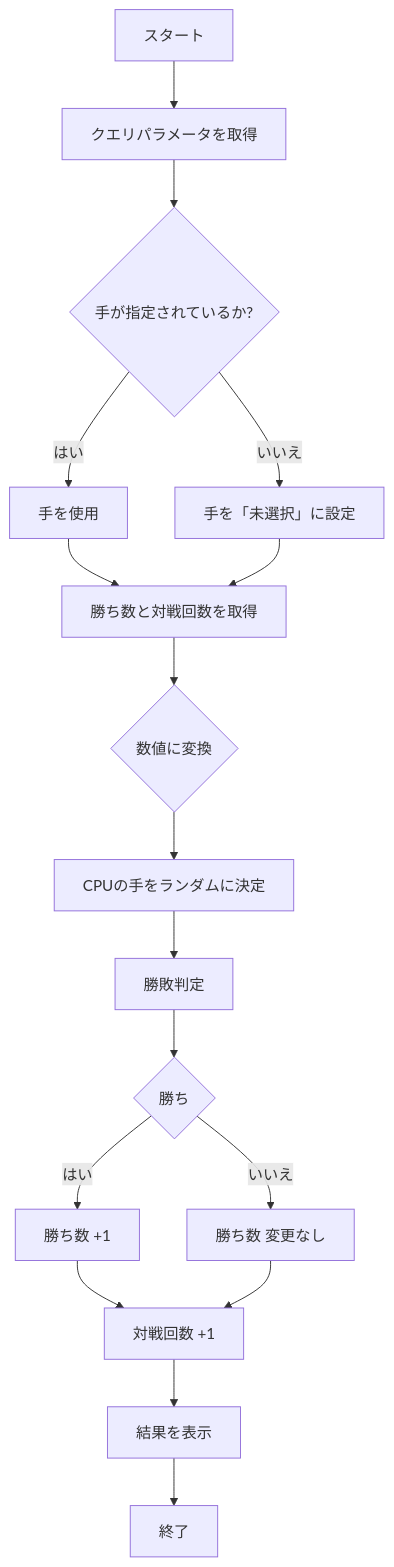
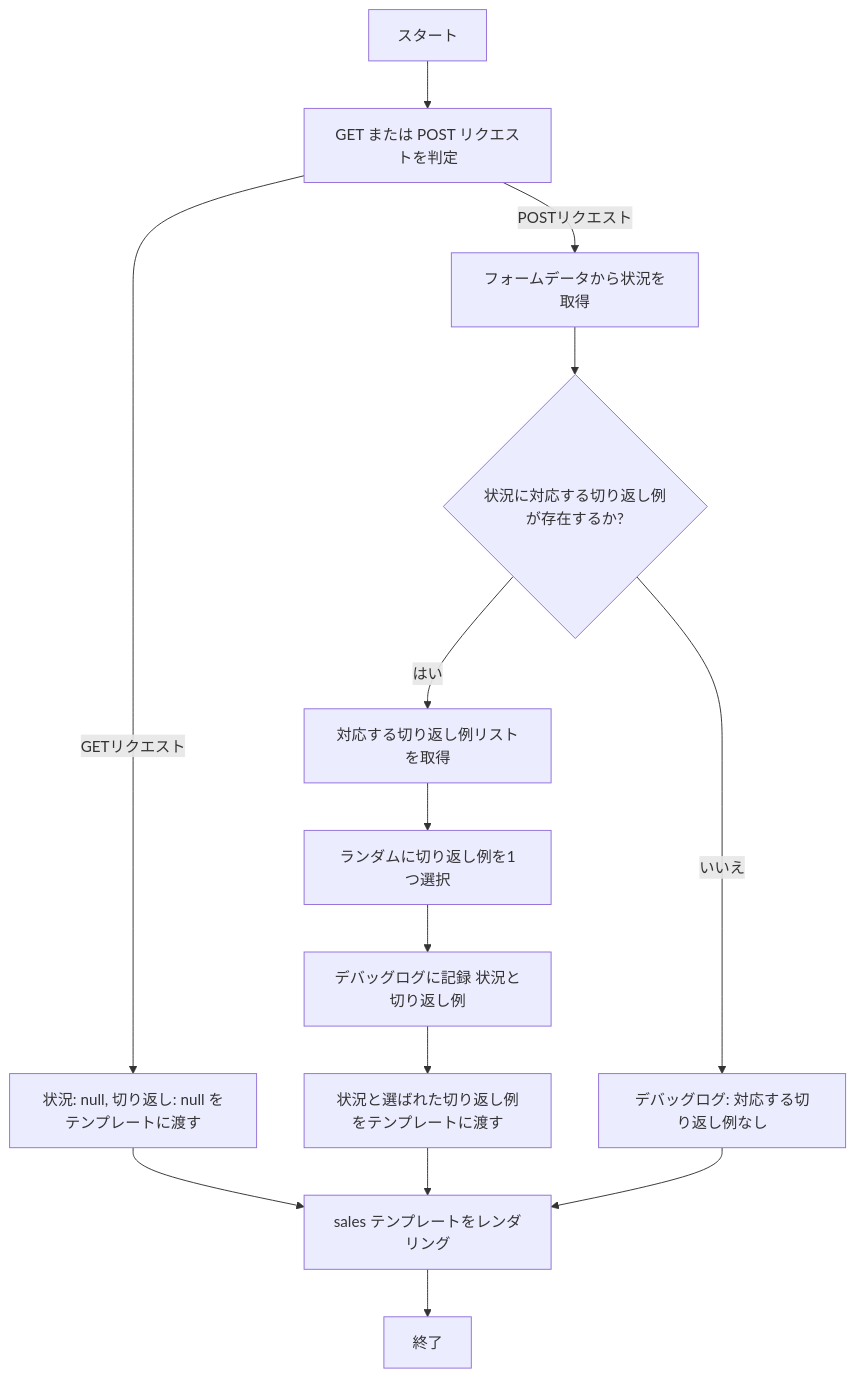
The first of 3 diagrams in README.md (ryouta3987/webpro_06), drawn with Mermaid before and after one commit. The commit also changed other lines of this file, not shown here.

````diff
--- a/README.md
+++ b/README.md
@@ -35,19 +35,16 @@
 ```mermaid
 flowchart TD
-  A[スタート] --> B[クエリパラメータを取得]
-  B --> C{手が指定されているか?}
-  C -- はい --> D[手を使用]
-  C -- いいえ --> E[手を「未選択」に設定]
-  D --> F[勝ち数と対戦回数を取得]
-  E --> F
-  F --> G{数値に変換}
-  G --> H[CPUの手をランダムに決定]
-  H --> J[勝敗判定]
-  J --> K{勝ち}
-  K -- はい --> L[勝ち数 +1]
-  K -- いいえ --> M[勝ち数 変更なし]
-  L --> N[対戦回数 +1]
-  M --> N
-  N --> O[結果を表示]
-  O --> P[終了]
+  A[スタート] --> B[GET または POST リクエストを判定]
+  B -- GETリクエスト --> C[状況: null, 切り返し: null をテンプレートに渡す]
+  C --> D[sales テンプレートをレンダリング]
+  D --> Z[終了]
+  B -- POSTリクエスト --> E[フォームデータから状況を取得]
+  E --> F{状況に対応する切り返し例が存在するか?}
+  F -- はい --> G[対応する切り返し例リストを取得]
+  G --> H[ランダムに切り返し例を1つ選択]
+  H --> I[デバッグログに記録 状況と切り返し例]
+  I --> J[状況と選ばれた切り返し例をテンプレートに渡す]
+  J --> D
+  F -- いいえ --> K[デバッグログ: 対応する切り返し例なし]
+  K --> D
 ```
````
